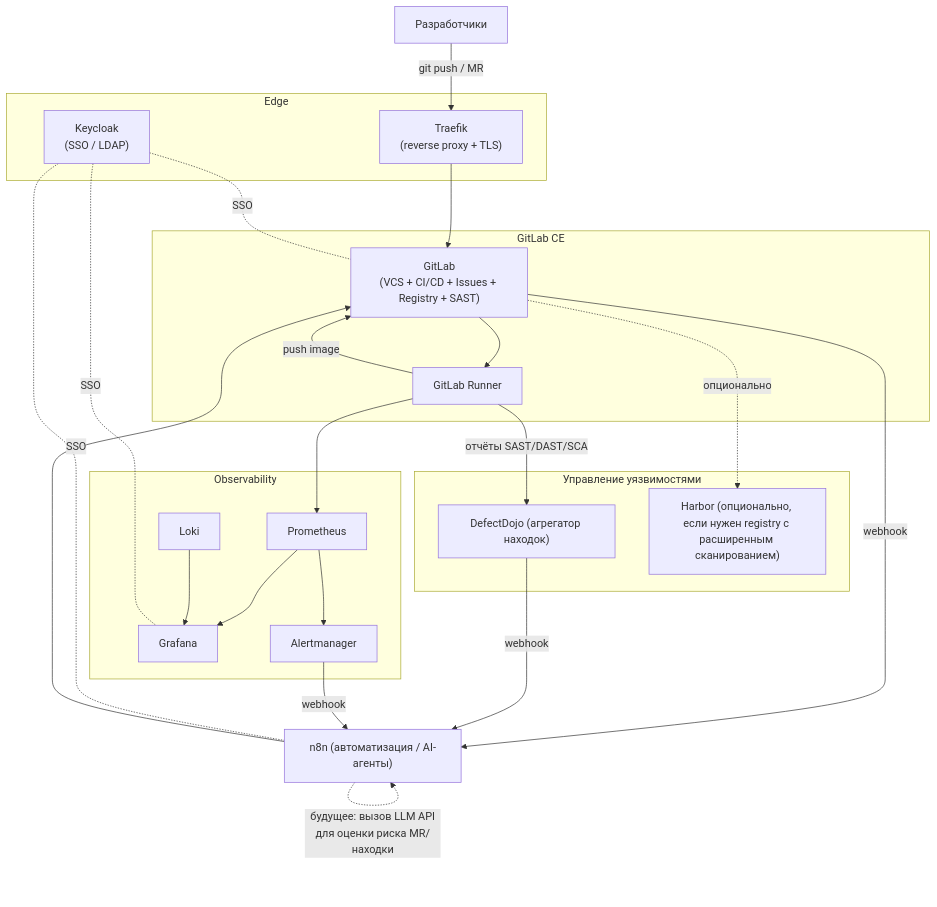
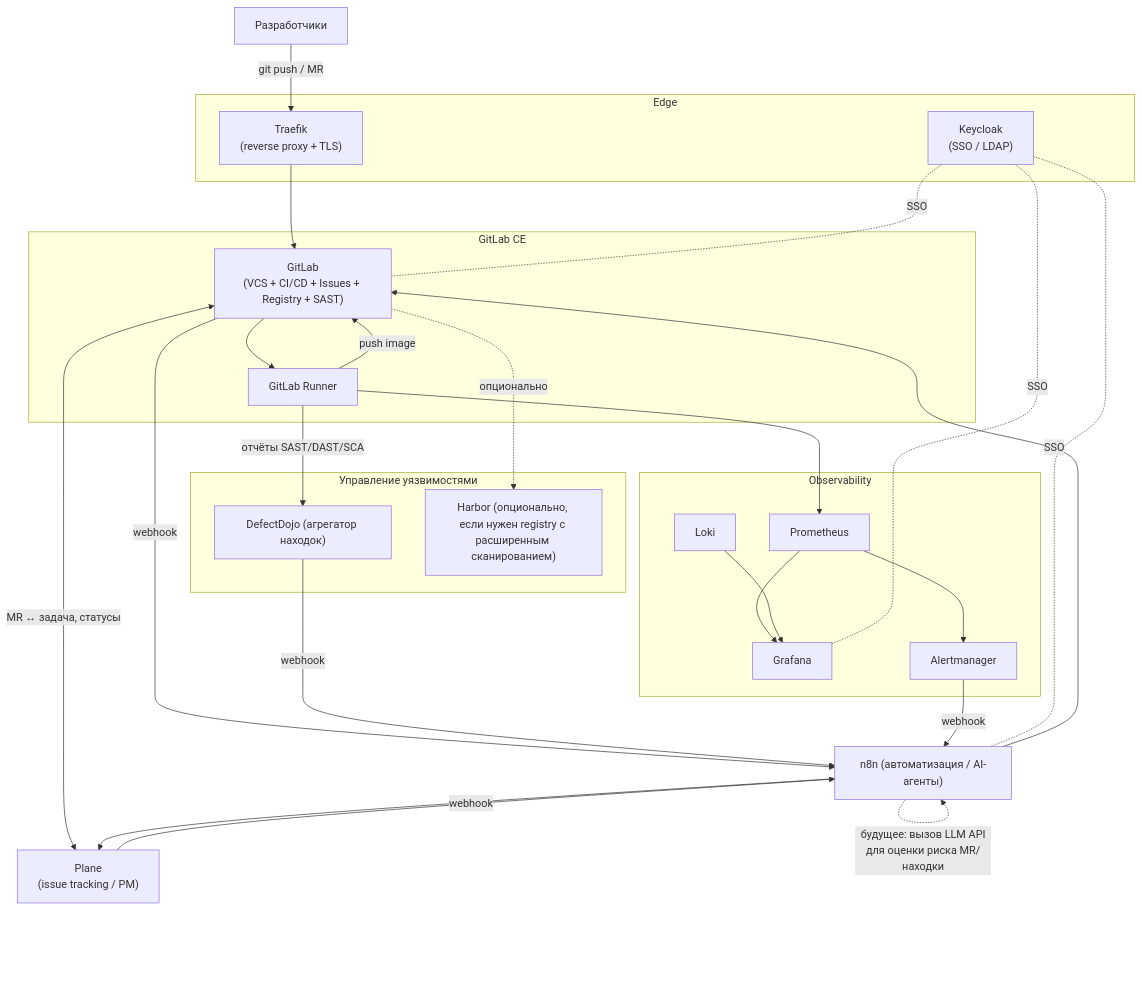
Before and after one commit to yunisv/yundevspace-devops-platform: the diagram in docs/architecture.md, drawn with Mermaid. The commit also changed other lines of this file and 3 other files, not shown here.

First line of the commit message:
Add Plane as issue tracking / PM layer

````diff
--- a/docs/architecture.md
+++ b/docs/architecture.md
@@ -5,44 +5,49 @@
 ```mermaid
 flowchart TB
     subgraph edge["Edge"]
         traefik["Traefik<br/>(reverse proxy + TLS)"]
         keycloak["Keycloak<br/>(SSO / LDAP)"]
     end
 
     subgraph gitlab_box["GitLab CE"]
         gitlab["GitLab<br/>(VCS + CI/CD + Issues + Registry + SAST)"]
         runner["GitLab Runner"]
     end
+
+    plane["Plane<br/>(issue tracking / PM)"]
 
     subgraph quality["Управление уязвимостями"]
         dojo["DefectDojo (агрегатор находок)"]
         harbor["Harbor (опционально, если нужен registry с расширенным сканированием)"]
     end
 
     subgraph observability["Observability"]
         prom["Prometheus"]
         graf["Grafana"]
         loki["Loki"]
         am["Alertmanager"]
     end
 
     n8n["n8n (автоматизация / AI-агенты)"]
 
     dev["Разработчики"] -->|git push / MR| traefik --> gitlab
     gitlab --> runner
     runner -->|отчёты SAST/DAST/SCA| dojo
     runner -->|push image| gitlab
     gitlab -.->|опционально| harbor
+    gitlab <-->|MR ↔ задача, статусы| plane
     gitlab -- webhook --> n8n
+    plane -- webhook --> n8n
     dojo -- webhook --> n8n
     am -- webhook --> n8n
     n8n --> gitlab
+    n8n --> plane
     n8n -.->|будущее: вызов LLM API<br/>для оценки риска MR/находки| n8n
     runner --> prom
     prom --> graf
     loki --> graf
     prom --> am
     keycloak -.SSO.- gitlab
     keycloak -.SSO.- graf
     keycloak -.SSO.- n8n
 ```
````
